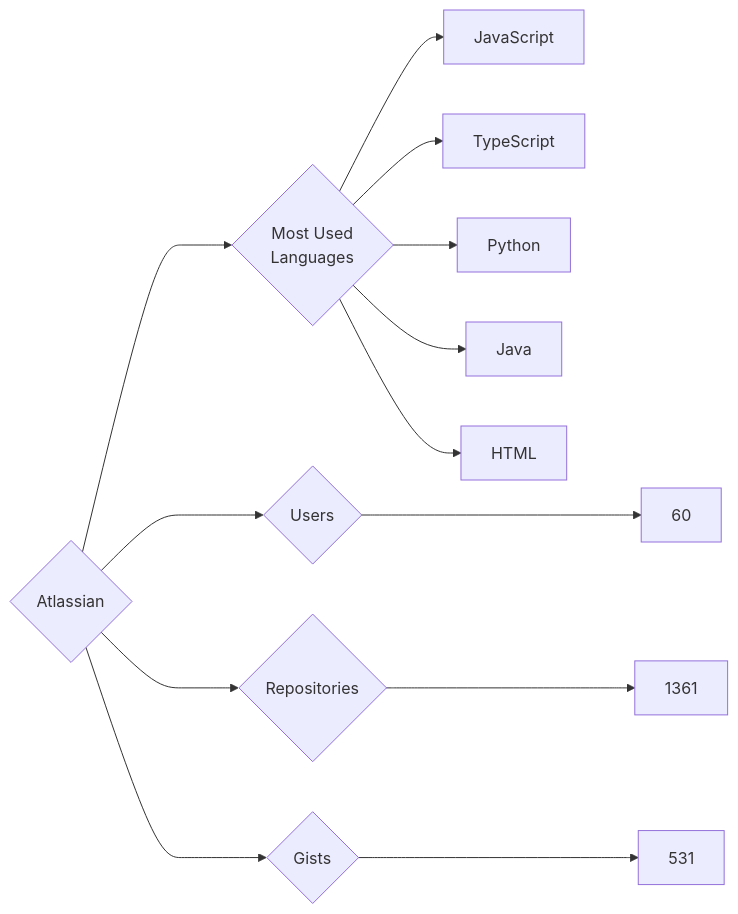
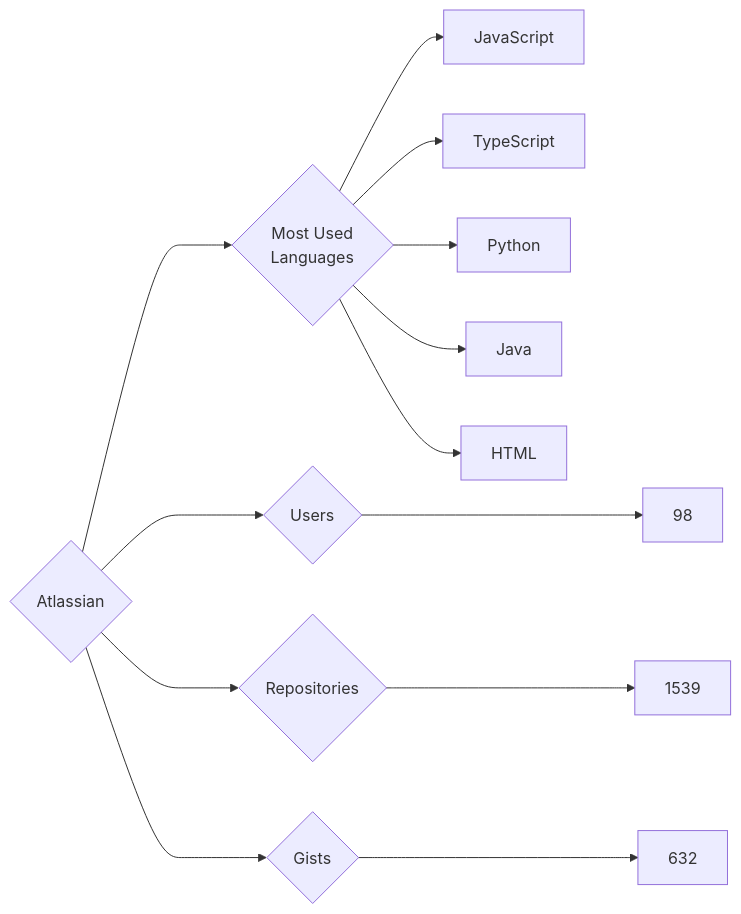
The diagram in targets/Atlassian/README.md (trickest/insiders), drawn with Mermaid before and after one commit. The commit also changed 775 other files, not shown here.

````diff
--- a/targets/Atlassian/README.md
+++ b/targets/Atlassian/README.md
@@ -3,13 +3,13 @@
 ```mermaid
 graph LR
 COMPANY_NAME{Atlassian}
-COMPANY_NAME ---> U{Users} ---> UN[60]
-COMPANY_NAME ---> R{Repositories} ---> RN[1361]
-COMPANY_NAME ---> G{Gists} ---> GN[531]
+COMPANY_NAME ---> U{Users} ---> UN[98]
+COMPANY_NAME ---> R{Repositories} ---> RN[1539]
+COMPANY_NAME ---> G{Gists} ---> GN[632]
 COMPANY_NAME ---> ML{Most Used<br>Languages}
 ML --> JavaScript[JavaScript]
 ML --> TypeScript[TypeScript]
 ML --> Python[Python]
 ML --> Java[Java]
 ML --> HTML[HTML]
 ```
````
